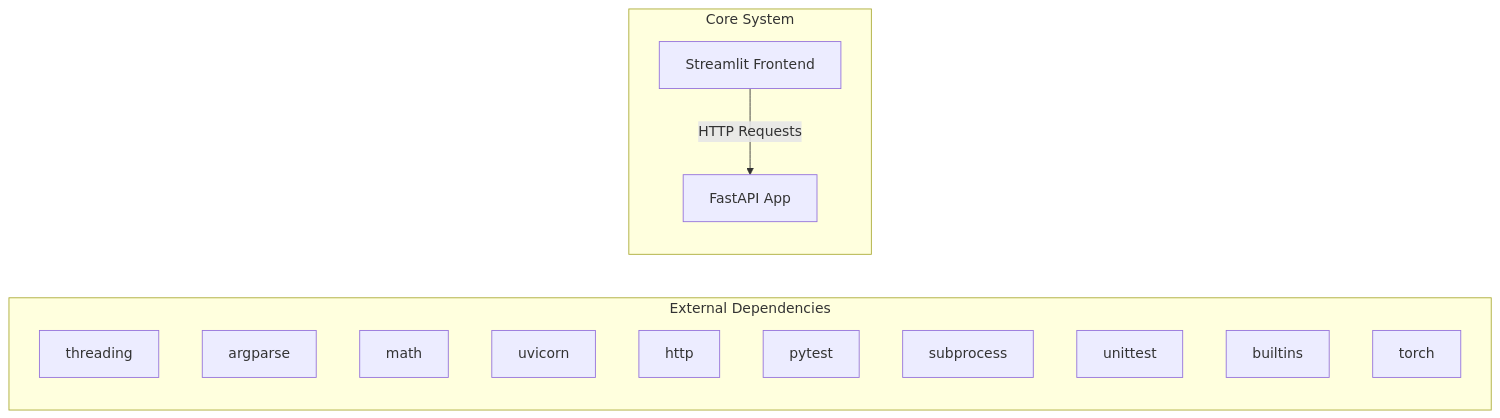
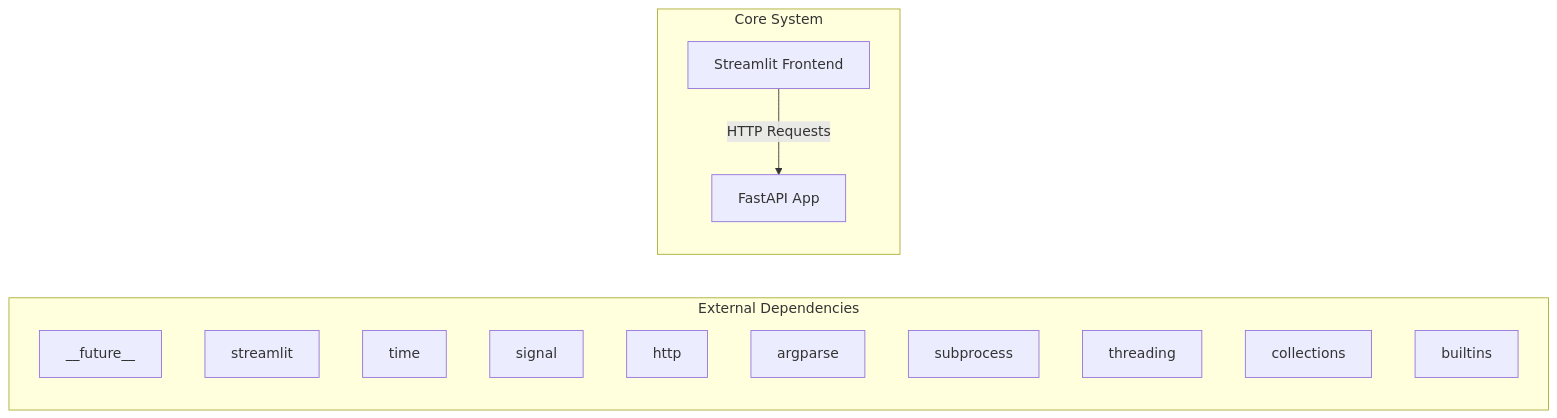
One commit to NITISH-R-G/rag-context-optimizer changed the first of 2 diagrams in docs/architecture.md. Above: the diagram before and after it, drawn with Mermaid. The commit also changed other lines of this file and 1 other file, not shown here.

Commit message:
docs: auto-update repository knowledge, architecture diagrams, and documentation

````diff
--- a/docs/architecture.md
+++ b/docs/architecture.md
@@ -7,20 +7,20 @@
 ```mermaid
 graph LR
     subgraph External Dependencies
-        E0["threading"]
-        E1["argparse"]
-        E2["math"]
-        E3["uvicorn"]
+        E0["__future__"]
+        E1["streamlit"]
+        E2["time"]
+        E3["signal"]
         E4["http"]
-        E5["pytest"]
+        E5["argparse"]
         E6["subprocess"]
-        E7["unittest"]
-        E8["builtins"]
-        E9["torch"]
+        E7["threading"]
+        E8["collections"]
+        E9["builtins"]
     end
     subgraph Core System
         API["FastAPI App"]
         UI["Streamlit Frontend"]
     end
     UI -->|HTTP Requests| API
 ```
````
